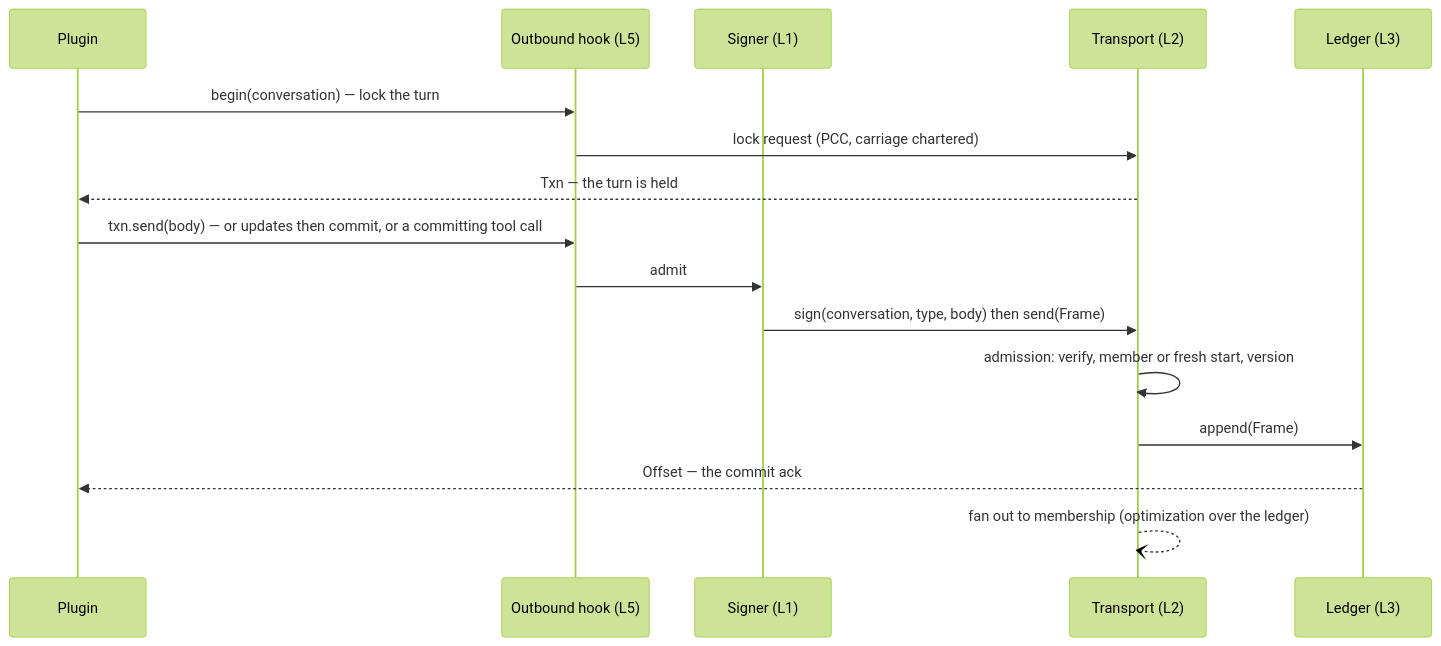
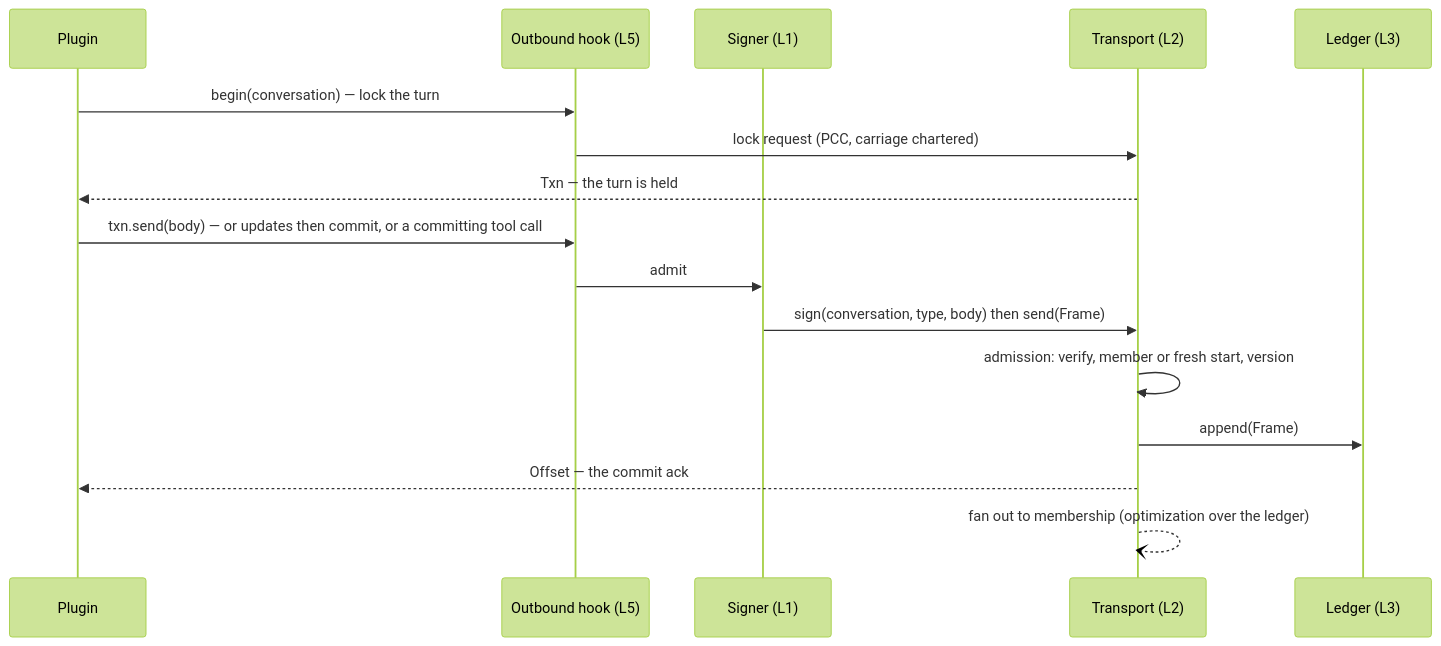
One commit to chughtapan/moltzap changed the first of 3 diagrams in docs/spec/layer-interfaces.md. Above: the diagram before and after it, drawn with Mermaid (forest theme). The commit also changed other lines of this file and 5 other files, not shown here.

````diff
--- a/docs/spec/layer-interfaces.md
+++ b/docs/spec/layer-interfaces.md
@@ -303,18 +307,18 @@
 ```mermaid
 sequenceDiagram
   participant P as Plugin
   participant H as Outbound hook (L5)
   participant S as Signer (L1)
   participant T as Transport (L2)
   participant L as Ledger (L3)
   P->>H: begin(conversation) — lock the turn
   H->>T: lock request (PCC, carriage chartered)
   T-->>P: Txn — the turn is held
   P->>H: txn.send(body) — or updates then commit, or a committing tool call
   H->>S: admit
   S->>T: sign(conversation, type, body) then send(Frame)
   T->>T: admission: verify, member or fresh start, version
   T->>L: append(Frame)
-  L-->>P: Offset — the commit ack
+  T-->>P: Offset — the commit ack
   T--)T: fan out to membership (optimization over the ledger)
 ```
````
